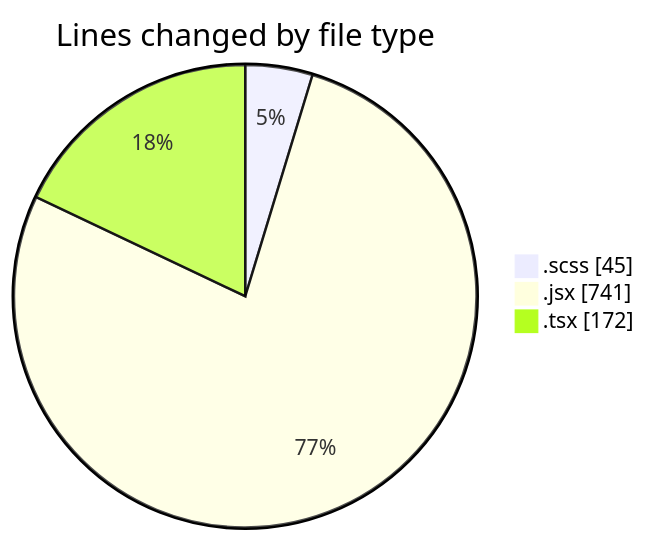
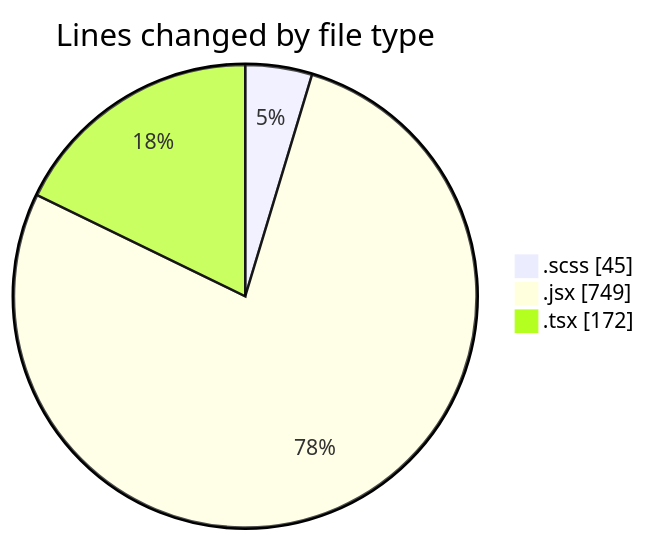
One commit to momahboobian/code-tracking changed the first of 2 diagrams in 2025-06-03/cda/README.md. Above: the diagram before and after it, drawn with Mermaid. The commit also changed other lines of this file and 1 other file, not shown here.

````diff
--- a/2025-06-03/cda/README.md
+++ b/2025-06-03/cda/README.md
@@ -23,7 +23,7 @@
 ```mermaid
 pie showData
 title Lines changed by file type
 ".scss" : 45
-".jsx" : 741
+".jsx" : 749
 ".tsx" : 172
 ```
````
